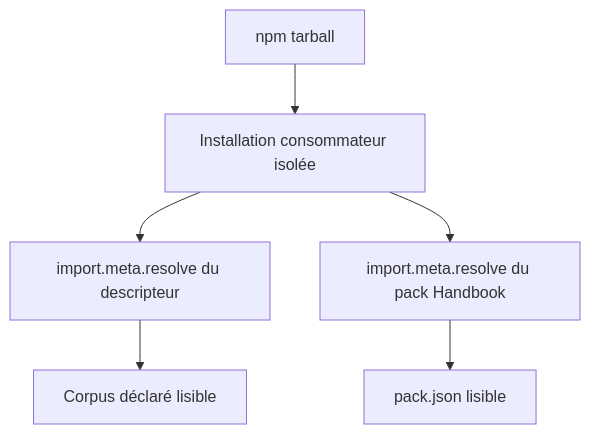
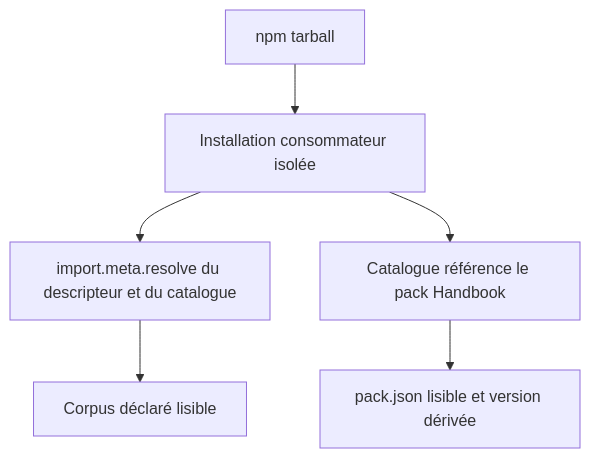
Before and after one commit to RebelliousSmile/schema-adrenaline: the first of 2 diagrams in aidd_docs/tasks/2026_09/2026_09_20_descriptor-interoutils-publie/phase-2.md, drawn with Mermaid. The commit also changed other lines of this file and 3 other files, not shown here.

````diff
--- a/aidd_docs/tasks/2026_09/2026_09_20_descriptor-interoutils-publie/phase-2.md
+++ b/aidd_docs/tasks/2026_09/2026_09_20_descriptor-interoutils-publie/phase-2.md
@@ -20,8 +20,8 @@
 ```mermaid
 flowchart TD
   A[npm tarball] --> B[Installation consommateur isolée]
-  B --> C[import.meta.resolve du descripteur]
-  B --> D[import.meta.resolve du pack Handbook]
+  B --> C[import.meta.resolve du descripteur et du catalogue]
+  B --> D[Catalogue référence le pack Handbook]
   C --> E[Corpus déclaré lisible]
-  D --> F[pack.json lisible]
+  D --> F[pack.json lisible et version dérivée]
 ```
````
